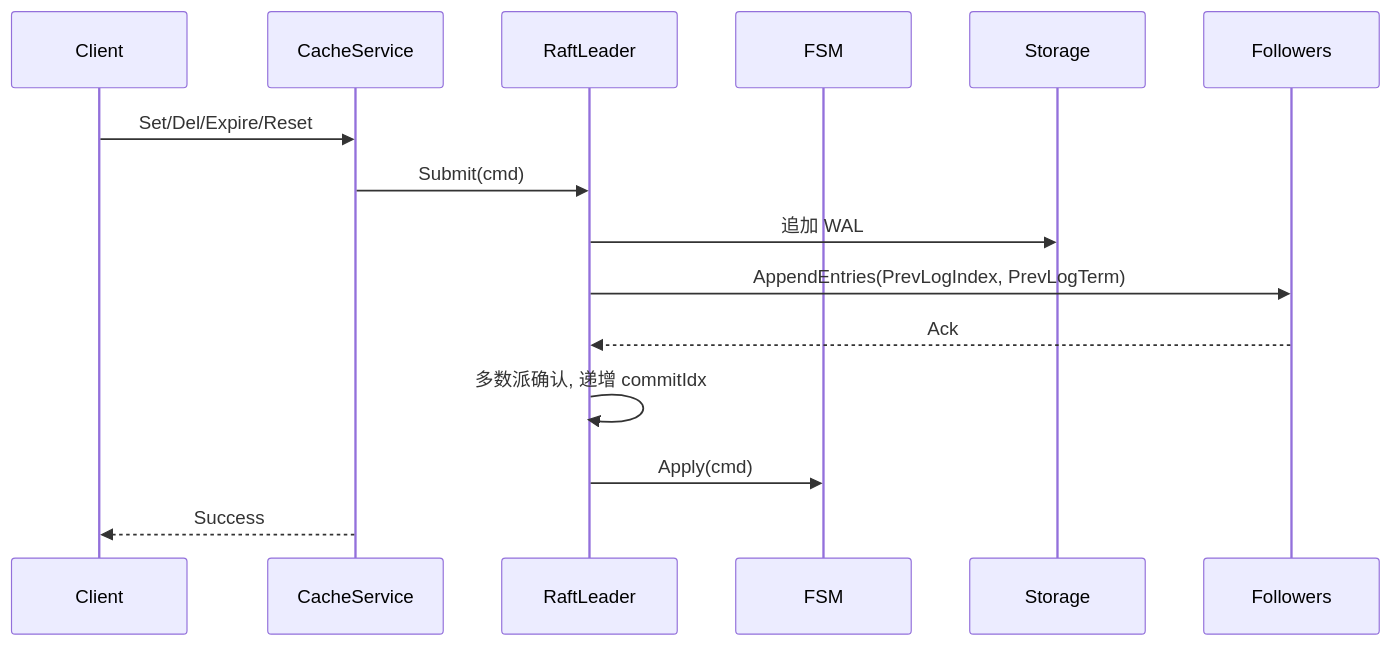
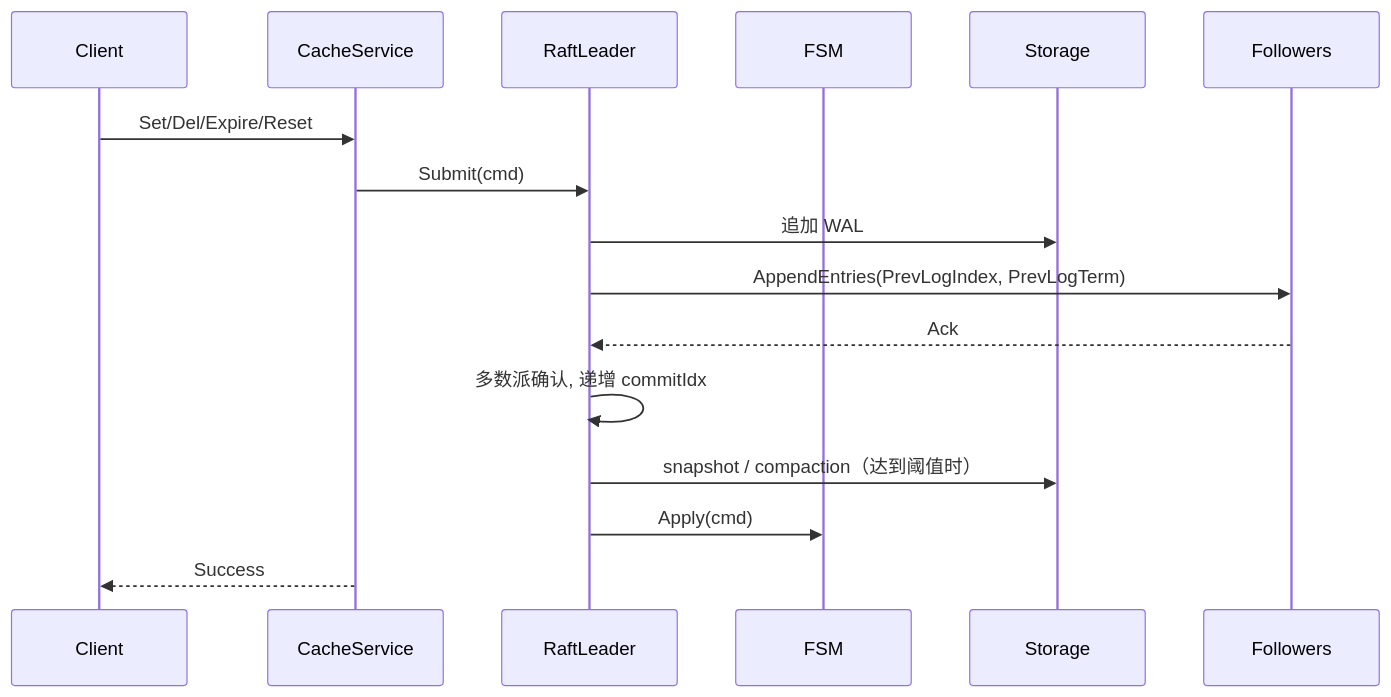
One commit to lushenle/simple-cache changed the diagram in docs/raft.md. Above: the diagram before and after it, drawn with Mermaid. The commit also changed other lines of this file and 44 other files, not shown here.

````diff
--- a/docs/raft.md
+++ b/docs/raft.md
@@ -15,17 +15,18 @@
 ```mermaid
 sequenceDiagram
   participant Client
   participant CacheService
   participant RaftLeader
   participant FSM
   participant Storage
 
   Client->>CacheService: Set/Del/Expire/Reset
   CacheService->>RaftLeader: Submit(cmd)
   RaftLeader->>Storage: 追加 WAL
   RaftLeader->>Followers: AppendEntries(PrevLogIndex, PrevLogTerm)
   Followers-->>RaftLeader: Ack
   RaftLeader->>RaftLeader: 多数派确认, 递增 commitIdx
+  RaftLeader->>Storage: snapshot / compaction（达到阈值时）
   RaftLeader->>FSM: Apply(cmd)
   CacheService-->>Client: Success
 ```
````
